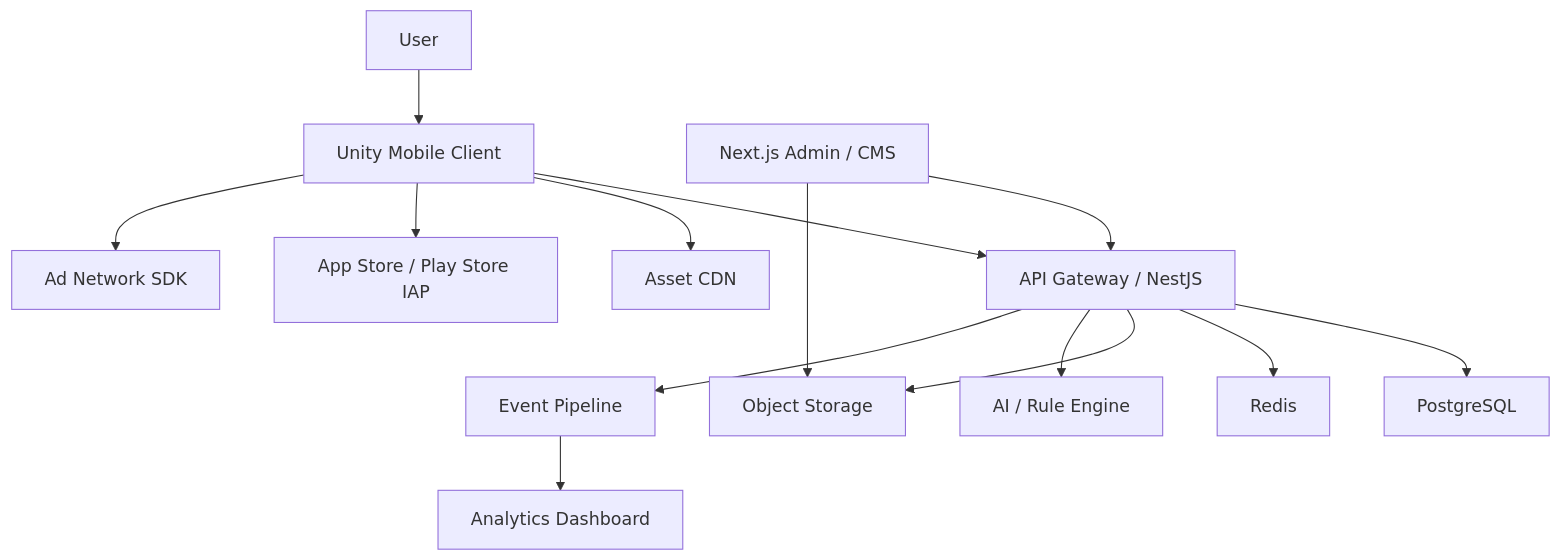
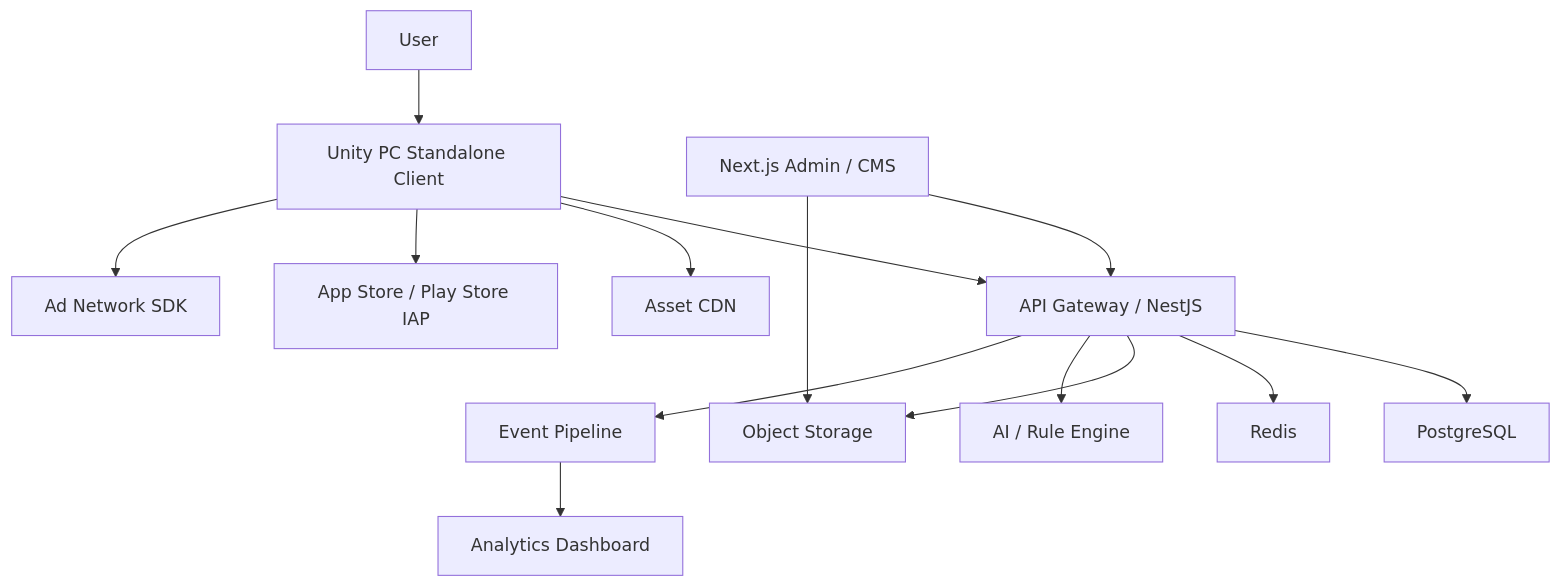
The fourth of 5 diagrams in ARCANUM_STAGE_PRD.md (HelloWorldSagwa/Taro), drawn with Mermaid before and after one commit. The commit also changed other lines of this file and 99 other files, not shown here.

````diff
--- a/ARCANUM_STAGE_PRD.md
+++ b/ARCANUM_STAGE_PRD.md
@@ -1572,18 +1592,18 @@
 ```mermaid
 flowchart TD
-    U["User"] --> C["Unity Mobile Client"]
+    U["User"] --> C["Unity PC Standalone Client"]
     C --> A["API Gateway / NestJS"]
     C --> CDN["Asset CDN"]
     C --> IAP["App Store / Play Store IAP"]
     C --> ADS["Ad Network SDK"]
 
     A --> DB["PostgreSQL"]
     A --> R["Redis"]
     A --> S3["Object Storage"]
     A --> AI["AI / Rule Engine"]
     A --> LOG["Event Pipeline"]
 
     CMS["Next.js Admin / CMS"] --> A
     CMS --> S3
     LOG --> BI["Analytics Dashboard"]
 ```
````
